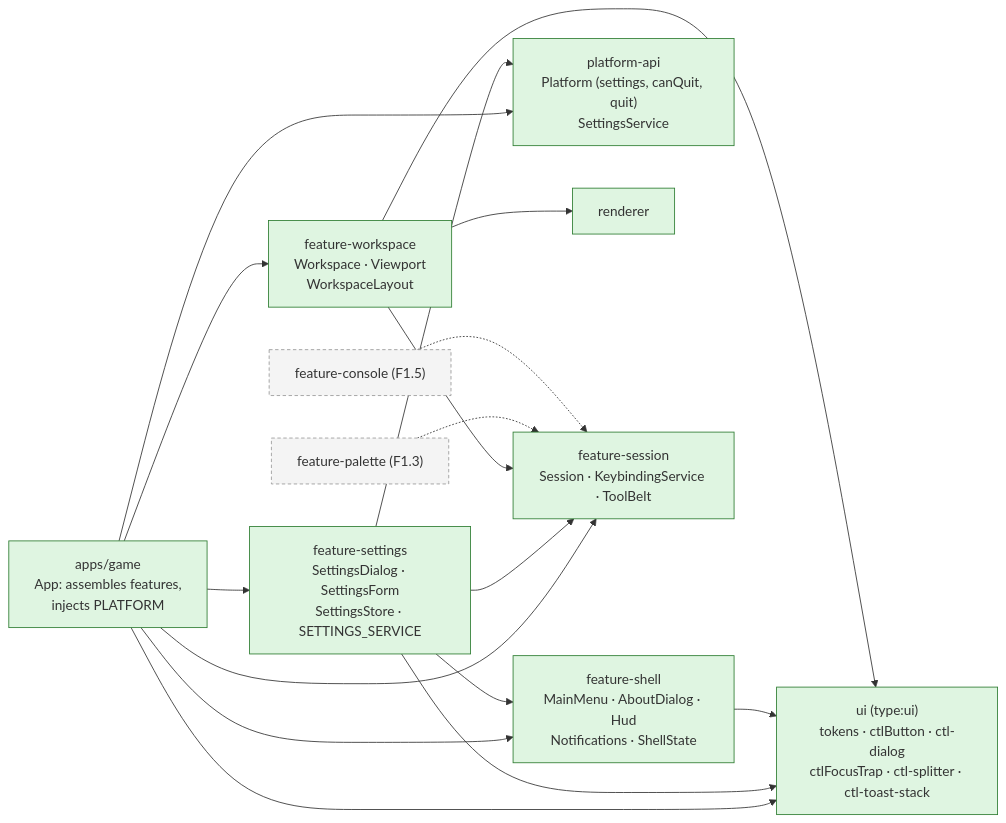
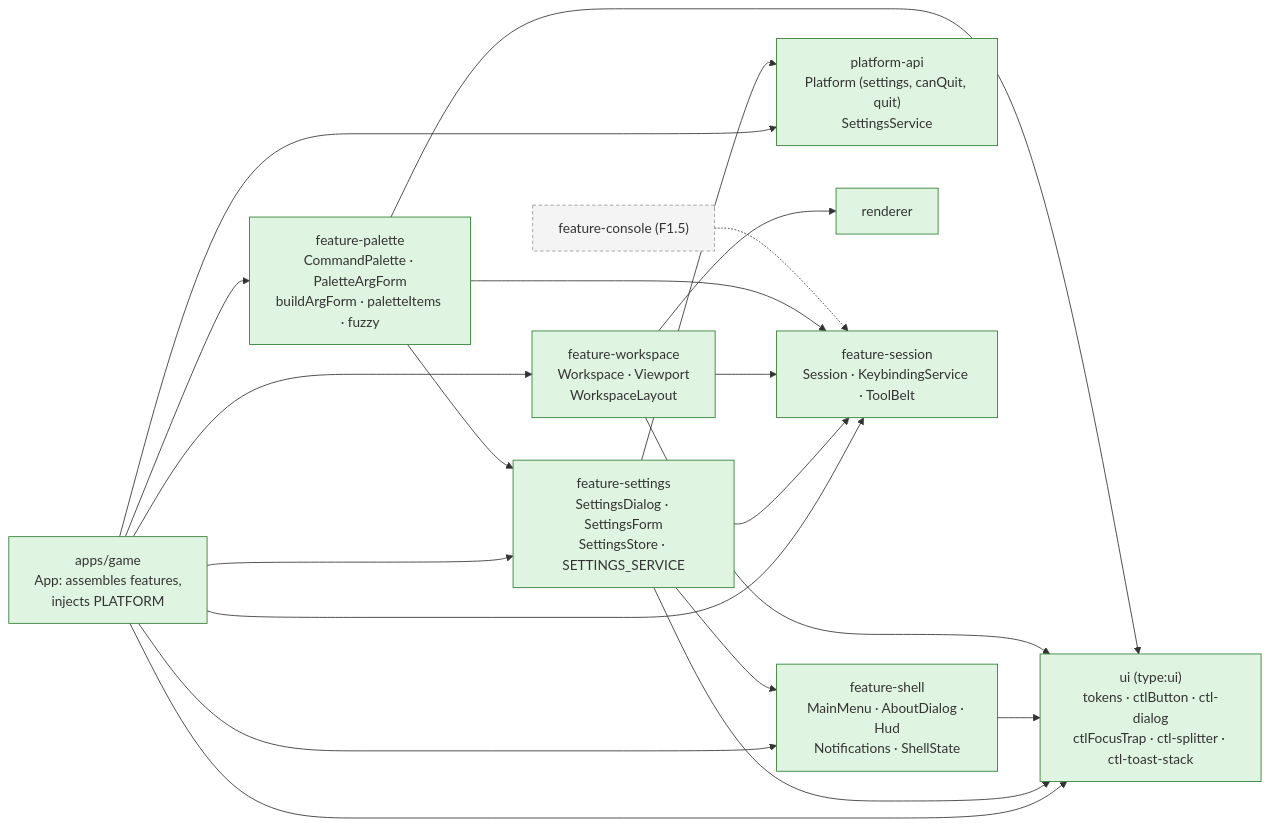
The first of 8 diagrams in docs/architecture/ui-shell.md (joebarbere/controls), drawn with Mermaid before and after one commit. The commit also changed other lines of this file and 56 other files, not shown here.

First line of the commit message:
feat(palette): F1.3 command palette with Zod-generated arg forms (#10)

````diff
--- a/docs/architecture/ui-shell.md
+++ b/docs/architecture/ui-shell.md
@@ -7,22 +7,23 @@
 ```mermaid
 flowchart LR
     classDef done fill:#dff5e1,stroke:#2e7d32;
     classDef later fill:#f4f4f4,stroke:#999,stroke-dasharray: 4 3;
 
     GAME["apps/game<br/>App: assembles features,<br/>injects PLATFORM"]:::done
     SHELL["feature-shell<br/>MainMenu · AboutDialog · Hud<br/>Notifications · ShellState"]:::done
     WS["feature-workspace<br/>Workspace · Viewport<br/>WorkspaceLayout"]:::done
     SET["feature-settings<br/>SettingsDialog · SettingsForm<br/>SettingsStore · SETTINGS_SERVICE"]:::done
     UI["ui (type:ui)<br/>tokens · ctlButton · ctl-dialog<br/>ctlFocusTrap · ctl-splitter · ctl-toast-stack"]:::done
     PAPI["platform-api<br/>Platform (settings, canQuit, quit)<br/>SettingsService"]:::done
     REND["renderer"]:::done
     SESS["feature-session<br/>Session · KeybindingService · ToolBelt"]:::done
-    PAL["feature-palette (F1.3)"]:::later
+    PAL["feature-palette<br/>CommandPalette · PaletteArgForm<br/>buildArgForm · paletteItems · fuzzy"]:::done
     CON["feature-console (F1.5)"]:::later
 
-    GAME --> SHELL & WS & SET & UI & PAPI & SESS
+    GAME --> SHELL & WS & SET & UI & PAPI & SESS & PAL
     SET --> SHELL & UI & PAPI & SESS
     SHELL --> UI
     WS --> UI & REND & SESS
-    PAL & CON -.-> SESS
+    PAL --> UI & SESS & SET
+    CON -.-> SESS
 ```
````
